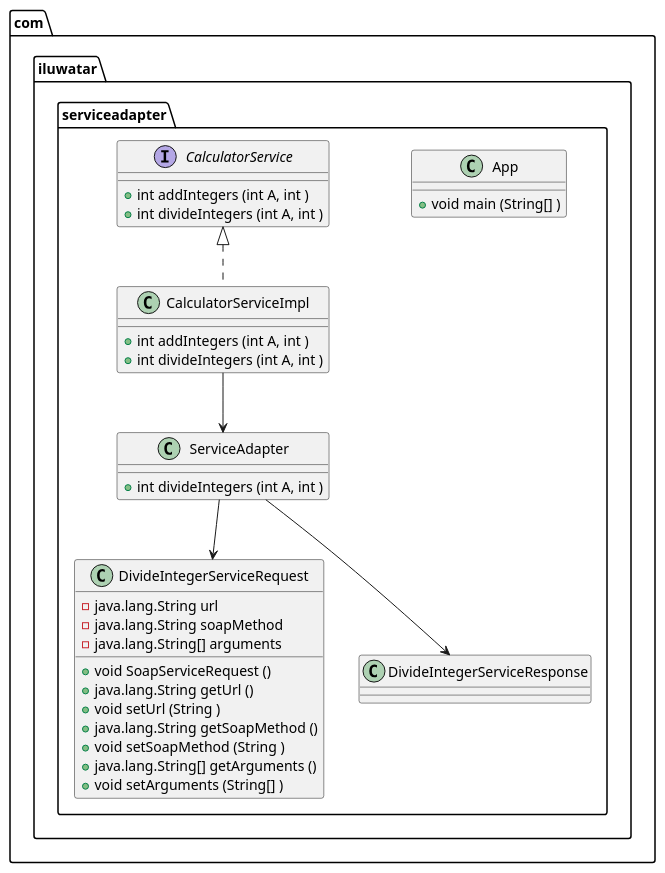
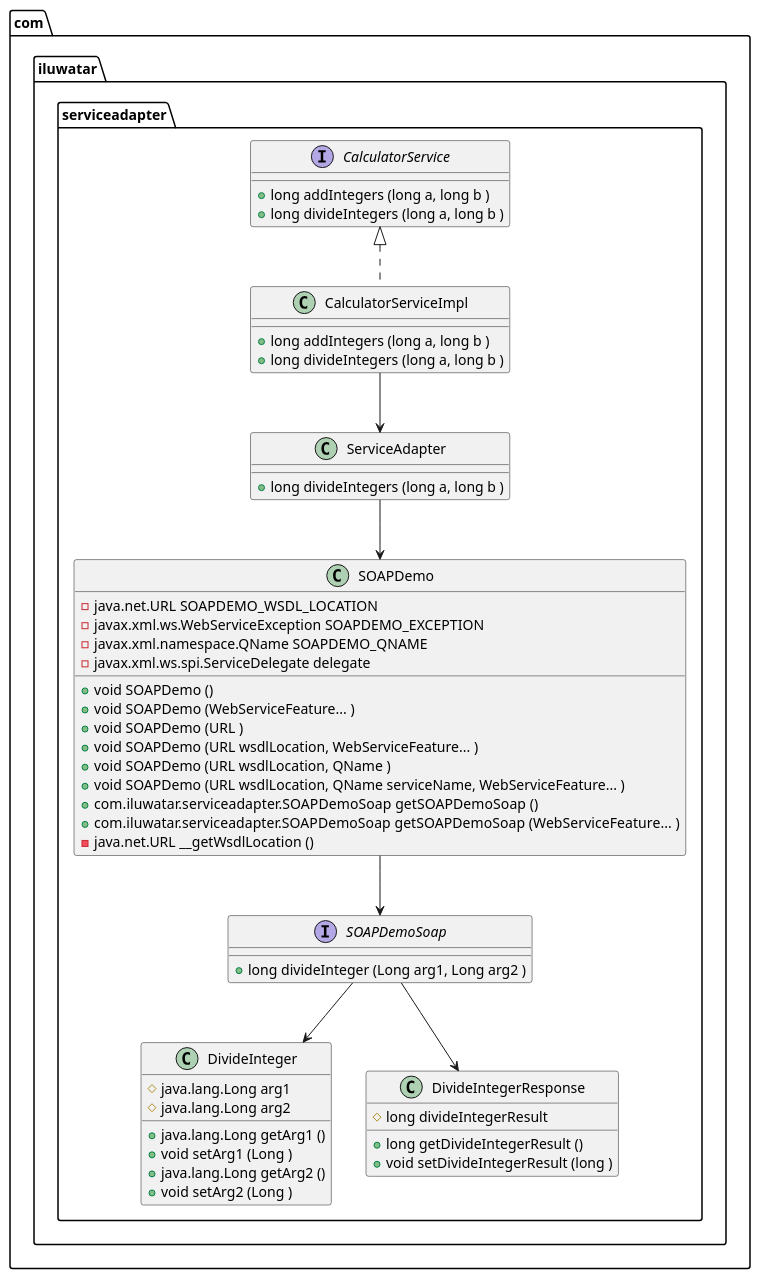
The diagram in service-adapter/etc/service-adapter.puml (iismail1997/java-design-patterns), drawn with PlantUML before and after one commit. The commit also changed 118 other files, not shown here.

```diff
--- a/service-adapter/etc/service-adapter.puml
+++ b/service-adapter/etc/service-adapter.puml
@@ -1,38 +1,53 @@
 @startuml 
 package com.iluwatar.serviceadapter {
-    class App{
-    + void main (String[] )
-    }
-
     class ServiceAdapter{
-    + int divideIntegers (int A, int )
+    + long divideIntegers (long a, long b )
     }
 
     interface CalculatorService {
-    + int addIntegers (int A, int )
-    + int divideIntegers (int A, int )
+    + long addIntegers (long a, long b )
+    + long divideIntegers (long a, long b )
     }
-    class DivideIntegerServiceRequest{
-    - java.lang.String url
-    - java.lang.String soapMethod
-    - java.lang.String[] arguments
-    + void SoapServiceRequest ()
-    + java.lang.String getUrl ()
-    + void setUrl (String )
-    + java.lang.String getSoapMethod ()
-    + void setSoapMethod (String )
-    + java.lang.String[] getArguments ()
-    + void setArguments (String[] )
-    }
-    class DivideIntegerServiceResponse{
-    }
-    class CalculatorServiceImpl{
-    + int addIntegers (int A, int )
-    + int divideIntegers (int A, int )
-    }
+    CalculatorService <|.. CalculatorServiceImpl
+      class CalculatorServiceImpl{
+        + long addIntegers (long a, long b )
+        + long divideIntegers (long a, long b )
+        }
+  CalculatorServiceImpl --> ServiceAdapter
+   ServiceAdapter --> SOAPDemo
+  class SOAPDemo{
+  - java.net.URL SOAPDEMO_WSDL_LOCATION
+  - javax.xml.ws.WebServiceException SOAPDEMO_EXCEPTION
+  - javax.xml.namespace.QName SOAPDEMO_QNAME
+  - javax.xml.ws.spi.ServiceDelegate delegate
+  + void SOAPDemo ()
+  + void SOAPDemo (WebServiceFeature... )
+  + void SOAPDemo (URL )
+  + void SOAPDemo (URL wsdlLocation, WebServiceFeature... )
+  + void SOAPDemo (URL wsdlLocation, QName )
+  + void SOAPDemo (URL wsdlLocation, QName serviceName, WebServiceFeature... )
+  + com.iluwatar.serviceadapter.SOAPDemoSoap getSOAPDemoSoap ()
+  + com.iluwatar.serviceadapter.SOAPDemoSoap getSOAPDemoSoap (WebServiceFeature... )
+  - java.net.URL __getWsdlLocation ()
+  }
+   SOAPDemo --> SOAPDemoSoap
+  interface SOAPDemoSoap {
+  + long divideInteger (Long arg1, Long arg2 )
+  }
+    SOAPDemoSoap --> DivideInteger
+  class DivideInteger{
+  # java.lang.Long arg1
+  # java.lang.Long arg2
+  + java.lang.Long getArg1 ()
+  + void setArg1 (Long )
+  + java.lang.Long getArg2 ()
+  + void setArg2 (Long )
+  }
+   SOAPDemoSoap --> DivideIntegerResponse
+  class DivideIntegerResponse{
+  # long divideIntegerResult
+  + long getDivideIntegerResult ()
+  + void setDivideIntegerResult (long )
+  }
 }
-CalculatorService <|.. CalculatorServiceImpl
-CalculatorServiceImpl --> ServiceAdapter
-ServiceAdapter --> DivideIntegerServiceRequest
-ServiceAdapter --> DivideIntegerServiceResponse
 @enduml
```
